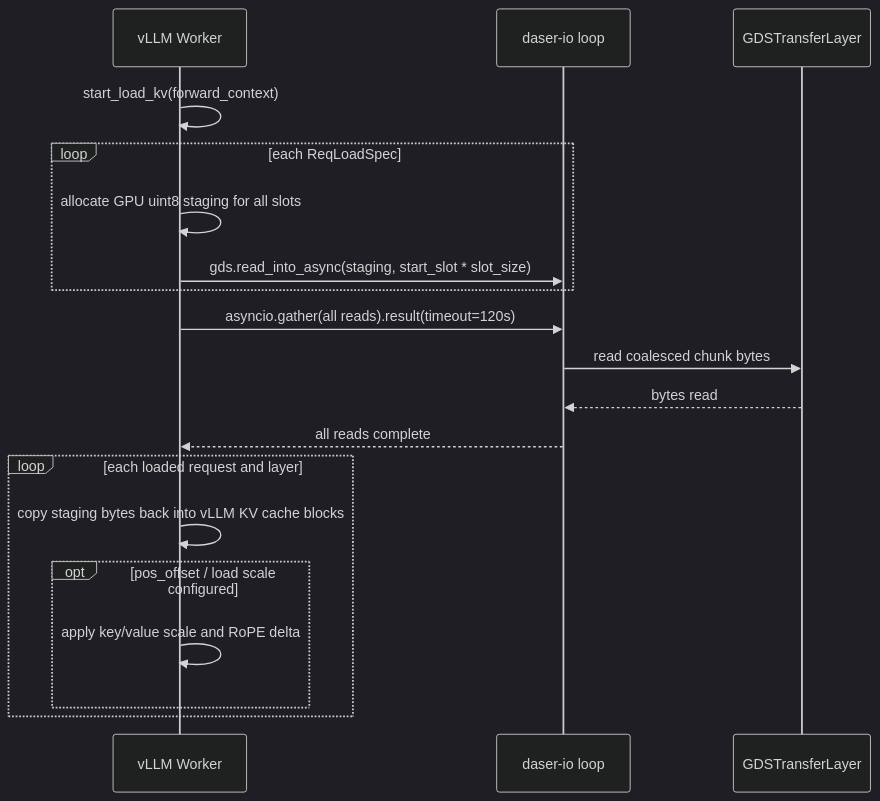
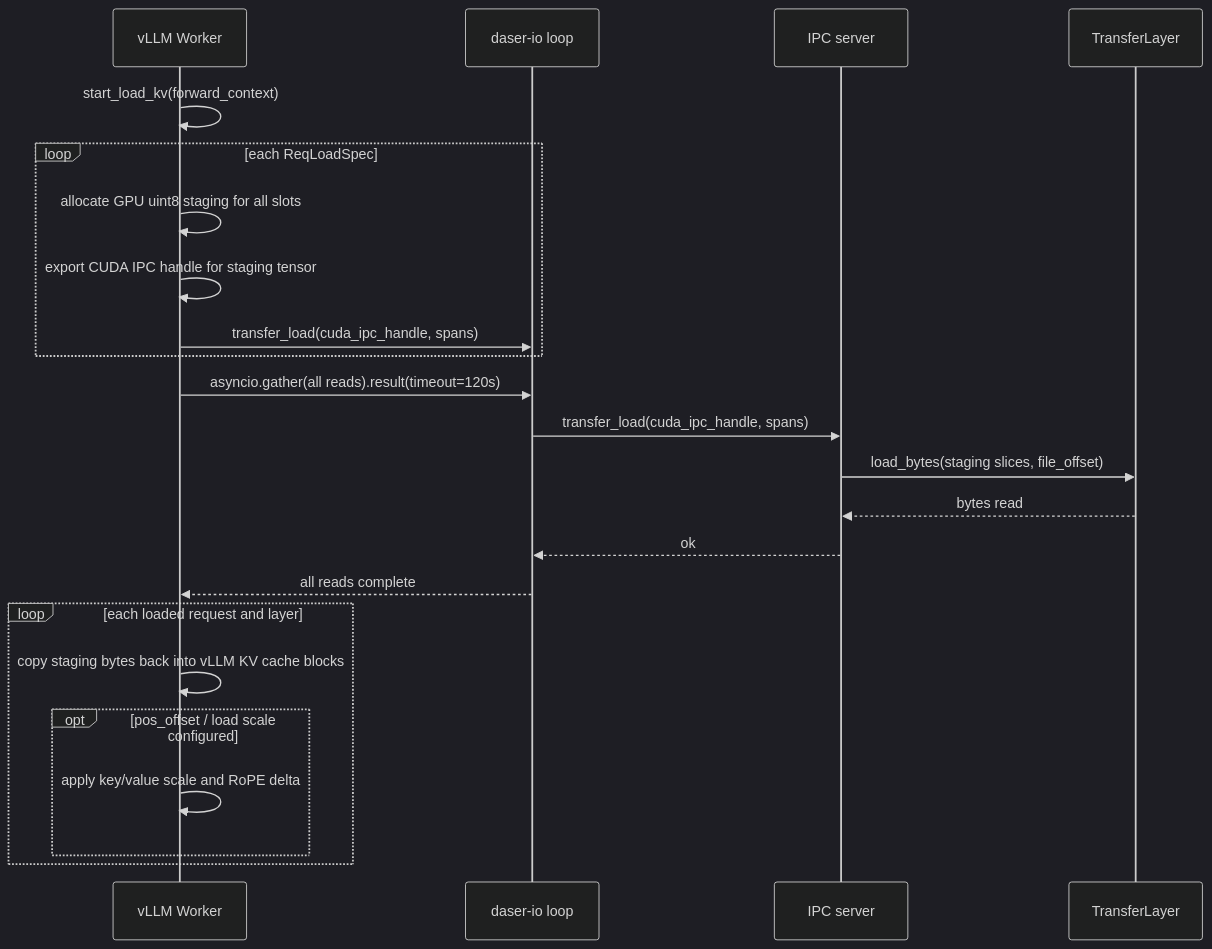
Before and after one commit to GentleCold/DaseR: the seventh of 8 diagrams in docs/design/flows.md, drawn with Mermaid (dark theme). The commit also changed other lines of this file and 3 other files, not shown here.

````diff
--- a/docs/design/flows.md
+++ b/docs/design/flows.md
@@ -174,22 +176,26 @@
 ```mermaid
 sequenceDiagram
     participant W as vLLM Worker
     participant BG as daser-io loop
-    participant GDS as GDSTransferLayer
+    participant IPC as IPC server
+    participant TL as TransferLayer
 
     W->>W: start_load_kv(forward_context)
     loop each ReqLoadSpec
         W->>W: allocate GPU uint8 staging for all slots
-        W->>BG: gds.read_into_async(staging, start_slot * slot_size)
+        W->>W: export CUDA IPC handle for staging tensor
+        W->>BG: transfer_load(cuda_ipc_handle, spans)
     end
     W->>BG: asyncio.gather(all reads).result(timeout=120s)
-    BG->>GDS: read coalesced chunk bytes
-    GDS-->>BG: bytes read
+    BG->>IPC: transfer_load(cuda_ipc_handle, spans)
+    IPC->>TL: load_bytes(staging slices, file_offset)
+    TL-->>IPC: bytes read
+    IPC-->>BG: ok
     BG-->>W: all reads complete
     loop each loaded request and layer
         W->>W: copy staging bytes back into vLLM KV cache blocks
         opt pos_offset / load scale configured
             W->>W: apply key/value scale and RoPE delta
         end
     end
 ```
````
